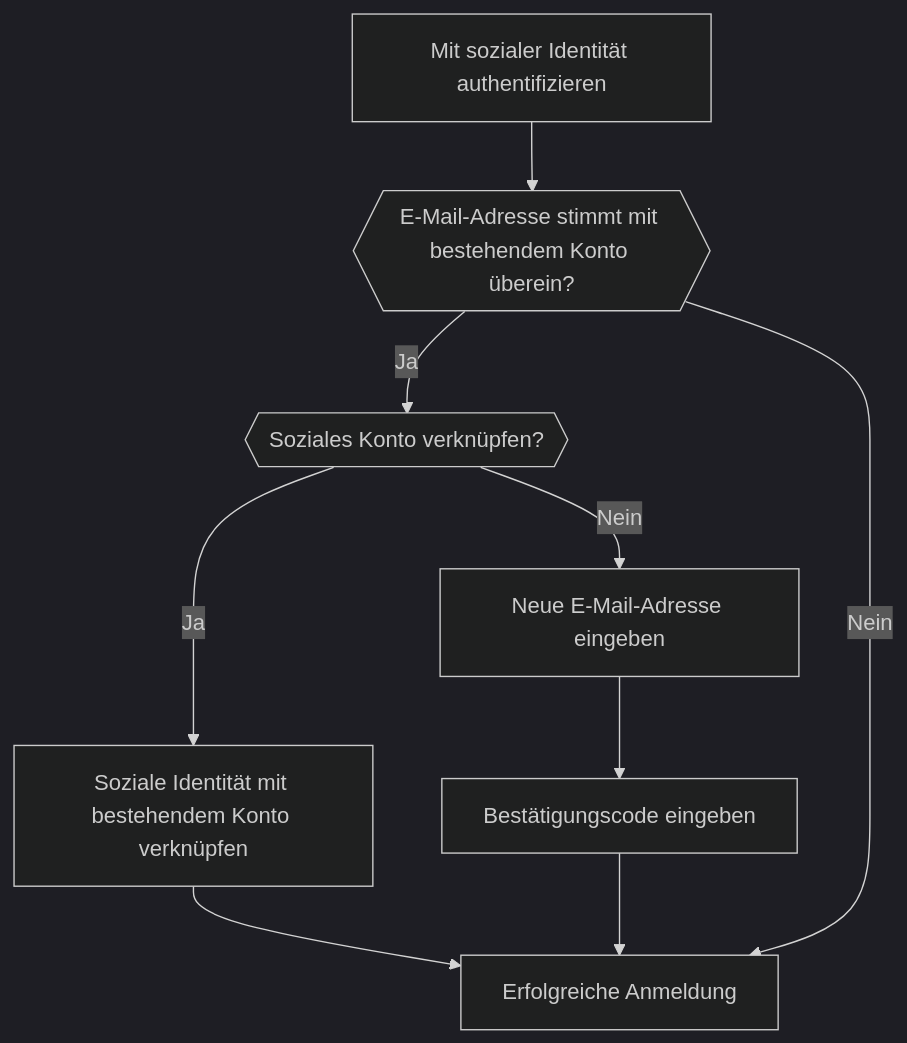
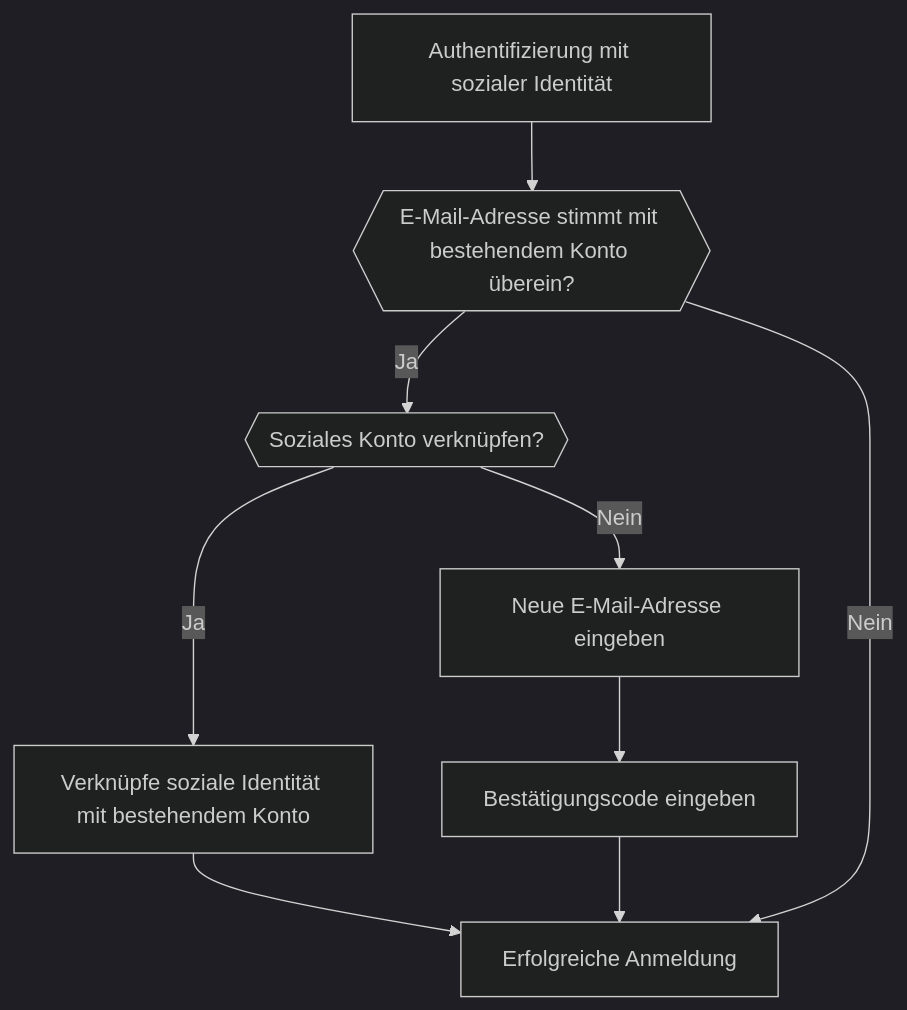
One commit to logto-io/docs changed the fifth of 5 diagrams in i18n/de/docusaurus-plugin-content-docs/current/end-user-flows/sign-up-and-sign-in/social-sign-in.mdx. Above: the diagram before and after it, drawn with Mermaid (dark theme). The commit also changed other lines of this file and 428 other files, not shown here.

````diff
--- a/i18n/de/docusaurus-plugin-content-docs/current/end-user-flows/sign-up-and-sign-in/social-sign-in.mdx
+++ b/i18n/de/docusaurus-plugin-content-docs/current/end-user-flows/sign-up-and-sign-in/social-sign-in.mdx
@@ -146,11 +149,11 @@
    ```mermaid
       flowchart TD
-       A[Mit sozialer Identität authentifizieren] --> B{{E-Mail-Adresse stimmt mit bestehendem Konto überein?}}
+       A[Authentifizierung mit sozialer Identität] --> B{{E-Mail-Adresse stimmt mit bestehendem Konto überein?}}
        B -- Ja --> C{{Soziales Konto verknüpfen?}}
-       C -- Ja --> D[Soziale Identität mit bestehendem Konto verknüpfen]
+       C -- Ja --> D[Verknüpfe soziale Identität mit bestehendem Konto]
        D --> E[Erfolgreiche Anmeldung]
        C -- Nein --> F[Neue E-Mail-Adresse eingeben]
        F --> G[Bestätigungscode eingeben]
        G --> E
        B -- Nein --> E
    ```
````
